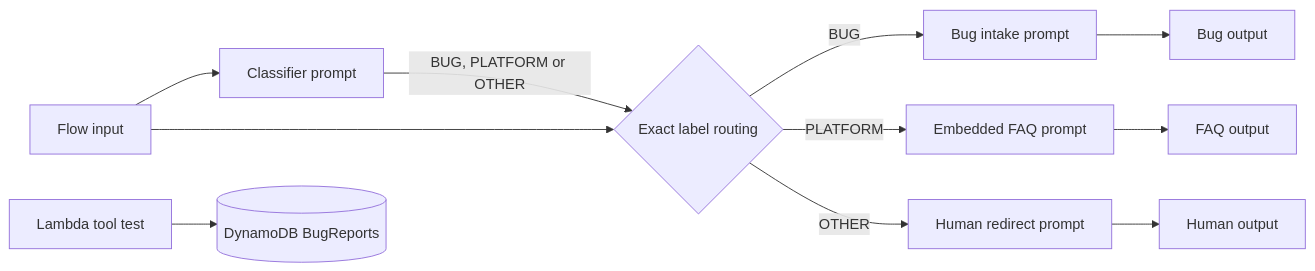
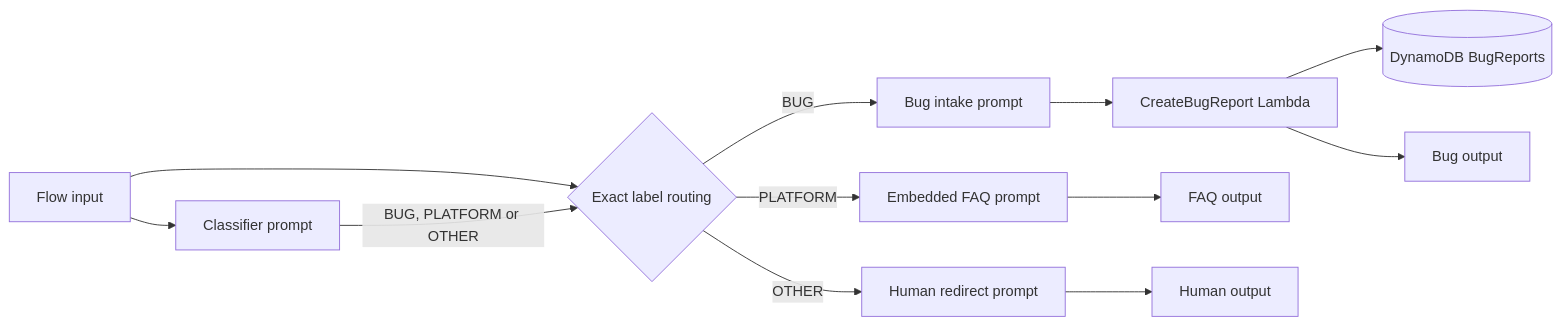
Before and after one commit to himanshu748/customer-support-chatbot-amazon-bedrock-flows: the diagram in README.md, drawn with Mermaid. The commit also changed other lines of this file and 20 other files, not shown here.

Commit message:
Fix Flow ticket persistence and reviewer evidence

````diff
--- a/README.md
+++ b/README.md
@@ -13,13 +13,14 @@
 ```mermaid
 flowchart LR
     I["Flow input"] --> C["Classifier prompt"]
     I --> R{"Exact label routing"}
     C -->|"BUG, PLATFORM or OTHER"| R
     R -->|"BUG"| B["Bug intake prompt"]
-    B --> BO["Bug output"]
+    B --> L["CreateBugReport Lambda"]
+    L --> D[("DynamoDB BugReports")]
+    L --> BO["Bug output"]
     R -->|"PLATFORM"| F["Embedded FAQ prompt"]
     F --> FO["FAQ output"]
     R -->|"OTHER"| H["Human redirect prompt"]
     H --> HO["Human output"]
-    L["Lambda tool test"] --> D[("DynamoDB BugReports")]
 ```
````
